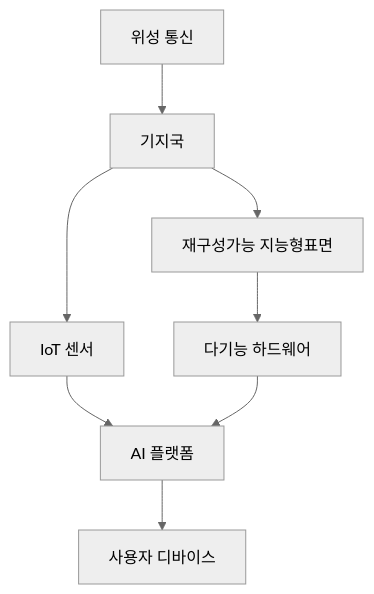
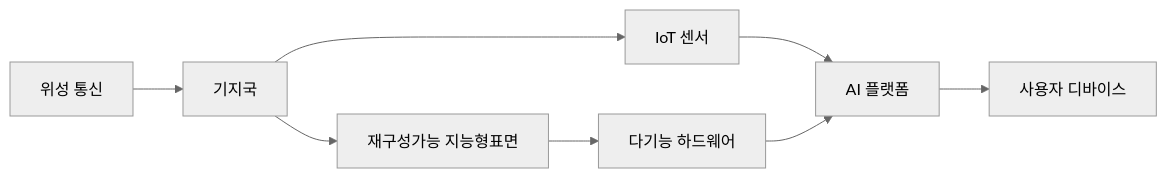
The diagram in blog/pe/nw/6g-wireless-positioning-sensing.md (gracefullight/gracefullight.github.io), drawn with Mermaid (neutral theme) before and after one commit. The commit also changed 22 other files, not shown here.

````diff
--- a/blog/pe/nw/6g-wireless-positioning-sensing.md
+++ b/blog/pe/nw/6g-wireless-positioning-sensing.md
@@ -30,18 +30,18 @@
 ```mermaid
-graph TD
+graph LR
     Satellite["위성 통신"]
     RIS["재구성가능 지능형표면"]
     AIPlatform["AI 플랫폼"]
     MultiFunctionHardware["다기능 하드웨어"]
     IoTSensors["IoT 센서"]
     GroundBaseStation["기지국"]
     EndUser["사용자 디바이스"]
 
     Satellite --> GroundBaseStation
     GroundBaseStation --> RIS
     GroundBaseStation --> IoTSensors
     RIS --> MultiFunctionHardware
     IoTSensors --> AIPlatform
     MultiFunctionHardware --> AIPlatform
     AIPlatform --> EndUser
 ```
````
